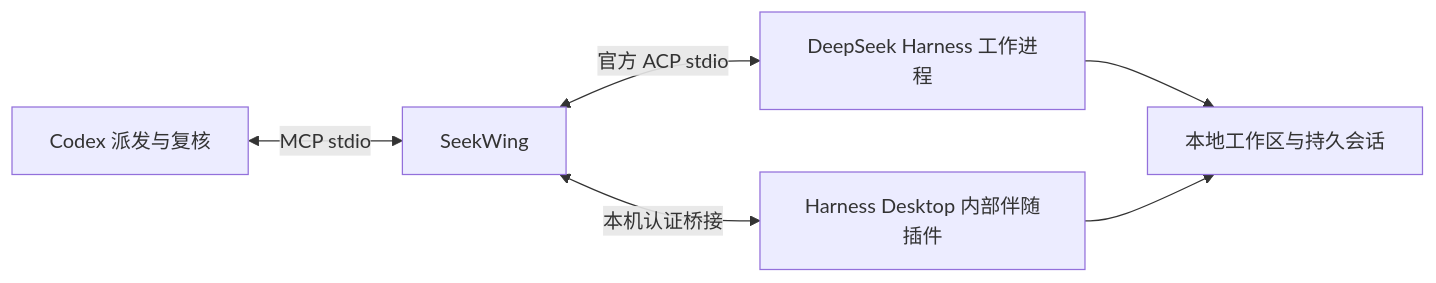
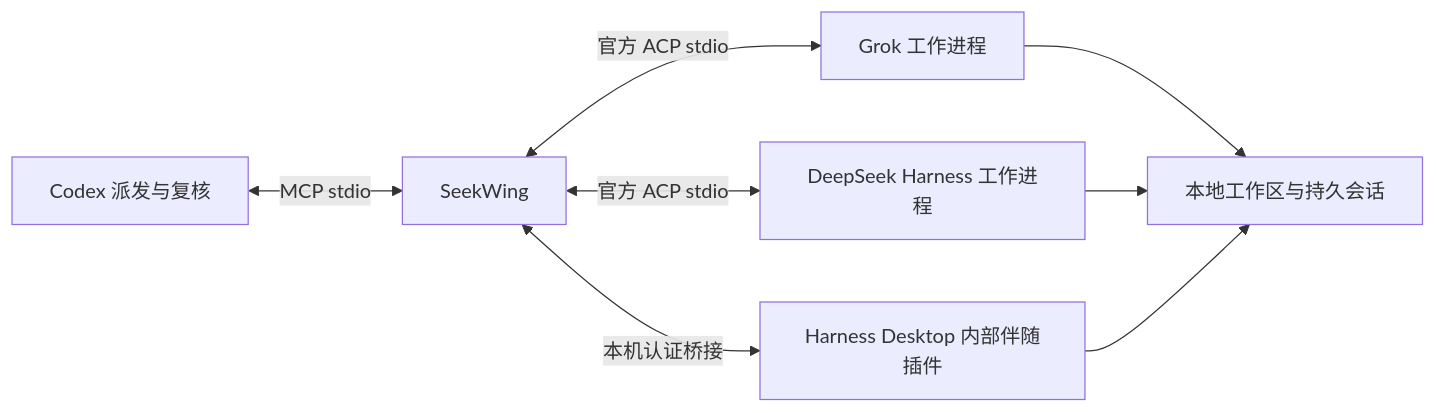
Before and after one commit to heyzeyu/seekwing: the diagram in README.zh-CN.md, drawn with Mermaid. The commit also changed other lines of this file and 26 other files, not shown here.

Commit message:
feat: add Grok ACP backend with persistent task routing

````diff
--- a/README.zh-CN.md
+++ b/README.zh-CN.md
@@ -15,8 +15,10 @@
 ```mermaid
 flowchart LR
     C[Codex 派发与复核] <-->|MCP stdio| S[SeekWing]
     S <-->|官方 ACP stdio| H[DeepSeek Harness 工作进程]
     S <-->|本机认证桥接| D[Harness Desktop 内部伴随插件]
-    H --> W[本地工作区与持久会话]
+    S <-->|官方 ACP stdio| G[Grok 工作进程]
+    G --> W[本地工作区与持久会话]
+    H --> W
     D --> W
 ```
````
